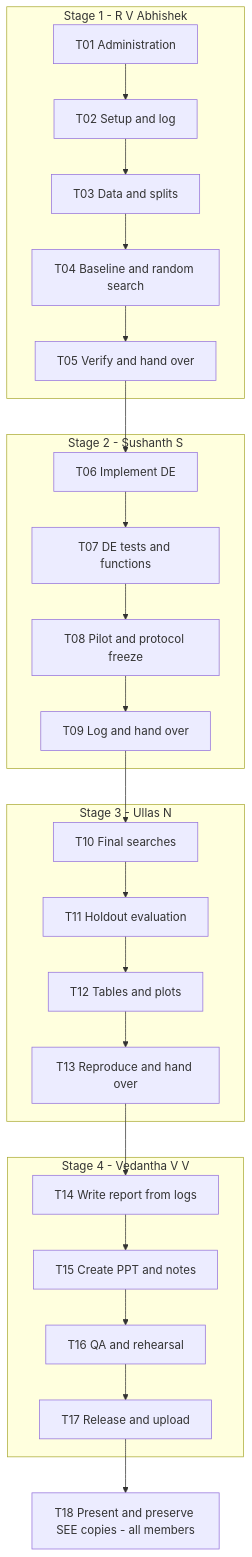
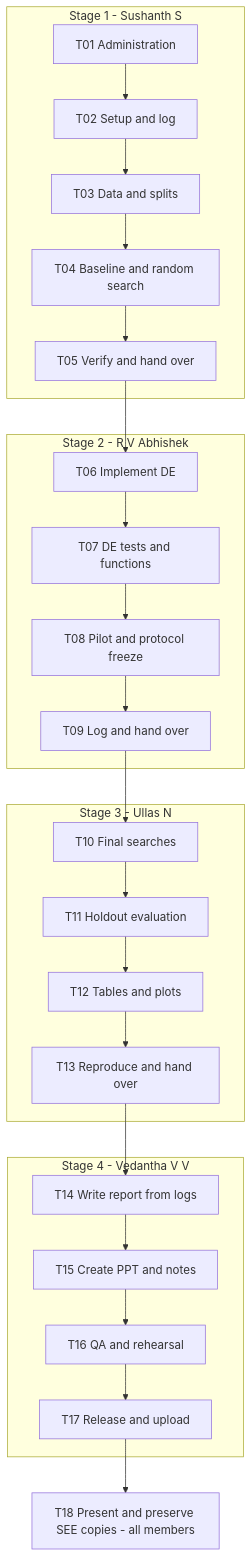
Before and after one commit to R-V-Abhishek/concrete-strength-de-svr: the diagram in docs/implementation-plan.md, drawn with Mermaid. The commit also changed other lines of this file and 15 other files, not shown here.

````diff
--- a/docs/implementation-plan.md
+++ b/docs/implementation-plan.md
@@ -102,28 +102,28 @@
 ```mermaid
 flowchart TD
-    subgraph S1["Stage 1 - R V Abhishek"]
+    subgraph S1["Stage 1 - Sushanth S"]
         T01["T01 Administration"] --> T02["T02 Setup and log"]
         T02 --> T03["T03 Data and splits"]
         T03 --> T04["T04 Baseline and random search"]
         T04 --> T05["T05 Verify and hand over"]
     end
-    subgraph S2["Stage 2 - Sushanth S"]
+    subgraph S2["Stage 2 - R V Abhishek"]
         T06["T06 Implement DE"] --> T07["T07 DE tests and functions"]
         T07 --> T08["T08 Pilot and protocol freeze"]
         T08 --> T09["T09 Log and hand over"]
     end
     subgraph S3["Stage 3 - Ullas N"]
         T10["T10 Final searches"] --> T11["T11 Holdout evaluation"]
         T11 --> T12["T12 Tables and plots"]
         T12 --> T13["T13 Reproduce and hand over"]
     end
     subgraph S4["Stage 4 - Vedantha V V"]
         T14["T14 Write report from logs"] --> T15["T15 Create PPT and notes"]
         T15 --> T16["T16 QA and rehearsal"]
         T16 --> T17["T17 Release and upload"]
     end
     T05 --> T06
     T09 --> T10
     T13 --> T14
     T17 --> T18["T18 Present and preserve SEE copies - all members"]
 ```
````
